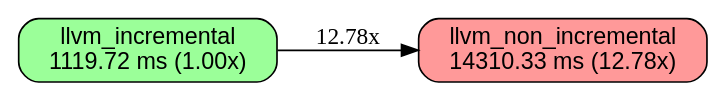
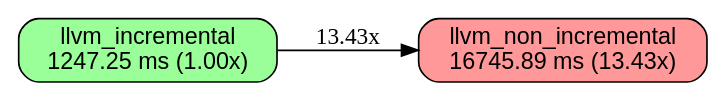
One commit to orgrinrt/hilavitkutin changed the diagram in docs/BENCHES.build-static.root_n25.linux-x86_64-c4-container-intel.dot. Above: the diagram before and after it, drawn with Graphviz. The commit also changed 29 other files, not shown here.

Commit message:
docs: regenerate the bench charts and add the run logs to the note

```diff
--- a/docs/BENCHES.build-static.root_n25.linux-x86_64-c4-container-intel.dot
+++ b/docs/BENCHES.build-static.root_n25.linux-x86_64-c4-container-intel.dot
@@ -1,14 +1,14 @@
 // AUTO-GENERATED: DO NOT EDIT DIRECTLY
 //
 // Generated by: mockspace (mock)
-// Generated at: 2026-11-16T08:49:43Z
+// Generated at: 2026-11-19T23:03:37Z
 // Source: mock/
 // To regenerate: cargo mock
 
 digraph "build-static/root_n25 on linux-x86_64-c4-container-intel" {
   rankdir=LR;
   node [shape=box, style="rounded,filled", fontname="Helvetica"];
-  v0 [label="llvm_incremental\n1119.72 ms (1.00x)", fillcolor="0.330 0.4 1.0"];
-  v1 [label="llvm_non_incremental\n14310.33 ms (12.78x)", fillcolor="0.000 0.4 1.0"];
-  v0 -> v1 [label="12.78x"];
+  v0 [label="llvm_incremental\n1247.25 ms (1.00x)", fillcolor="0.330 0.4 1.0"];
+  v1 [label="llvm_non_incremental\n16745.89 ms (13.43x)", fillcolor="0.000 0.4 1.0"];
+  v0 -> v1 [label="13.43x"];
 }
```
